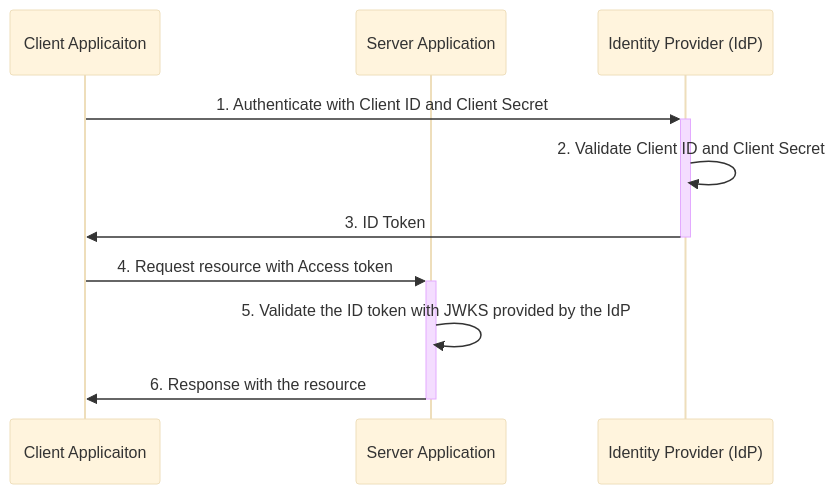
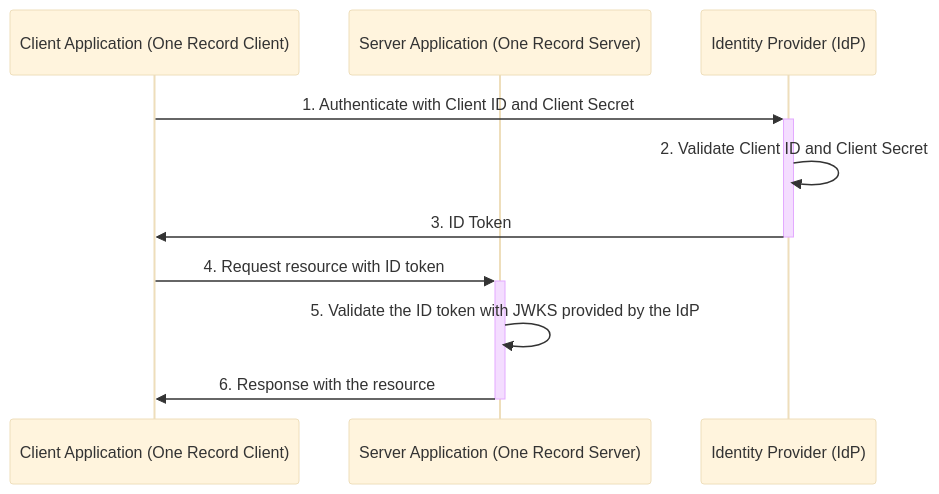
The first of 2 diagrams in working_draft/API/docs/security/authn-application-layer.md (ddoeppner/ONE-Record), drawn with Mermaid (base theme) before and after one commit. The commit also changed other lines of this file and 7 other files, not shown here.

````diff
--- a/working_draft/API/docs/security/authn-application-layer.md
+++ b/working_draft/API/docs/security/authn-application-layer.md
@@ -36,16 +36,16 @@
 ```mermaid
 sequenceDiagram
-    participant CA as Client Applicaiton
-    participant SA as Server Application
+    participant CA as Client Application (One Record Client)
+    participant SA as Server Application (One Record Server)
     participant IdP as Identity Provider (IdP)
 
     CA->>+IdP: 1. Authenticate with Client ID and Client Secret    
     IdP->>IdP: 2. Validate Client ID and Client Secret 
     IdP->>-CA: 3. ID Token
 
 
-    CA->>+SA: 4. Request resource with Access token  
+    CA->>+SA: 4. Request resource with ID token  
     SA->>SA: 5.  Validate the ID token with JWKS provided by the IdP
     SA->>-CA: 6. Response with the resource
 
 ```
````
